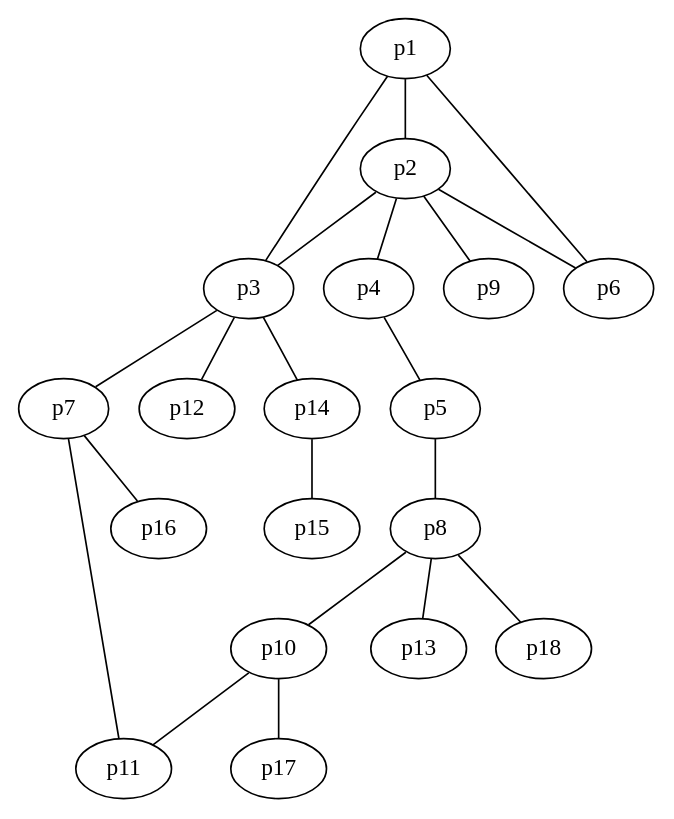
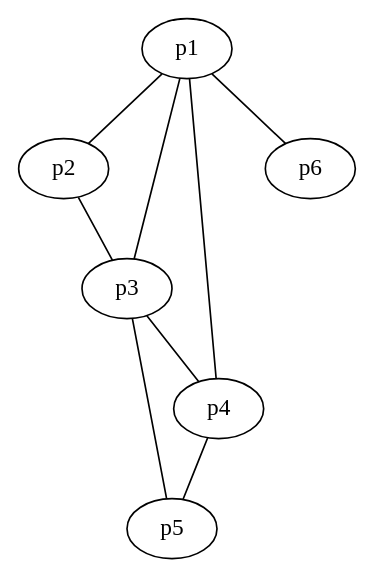
The diagram in experiment3/1.dot (Markopolo141/The_Generalized_N-K_Value), drawn with Graphviz before and after one commit. The commit also changed 5 other files, not shown here.

```diff
--- a/experiment3/1.dot
+++ b/experiment3/1.dot
@@ -1,22 +1,10 @@
 graph graphname {
     p1 -- p2;
     p1 -- p3;
     p2 -- p3;
-    p2 -- p4;
+    p3 -- p4;
+    p1 -- p4;
     p4 -- p5;
+    p3 -- p5;
     p1 -- p6;
-    p2 -- p6;
-    p3 -- p7;
-    p5 -- p8;
-    p2 -- p9;
-    p8 -- p10;
-    p7 -- p11;
-    p10 -- p11;
-    p3 -- p12;
-    p8 -- p13;
-    p3 -- p14;
-    p14 -- p15;
-    p7 -- p16;
-    p10 -- p17;
-    p8 -- p18;
 }
```
